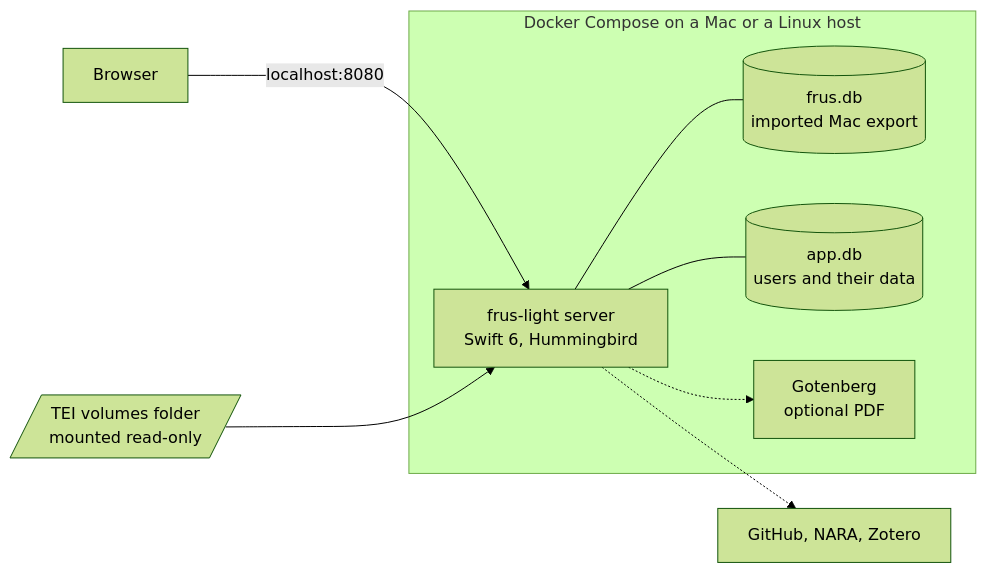
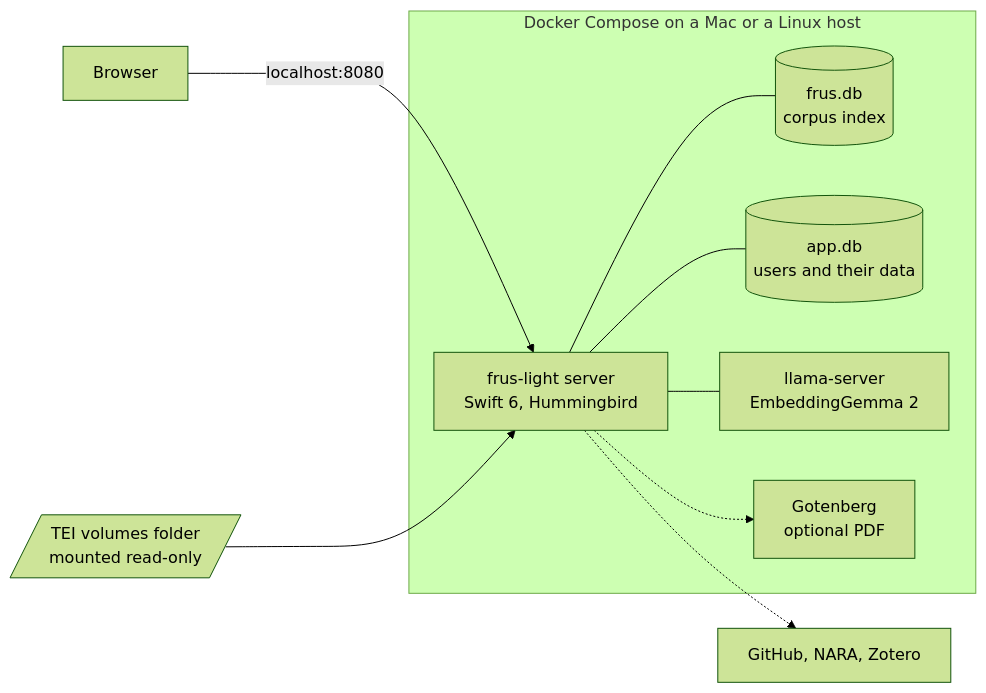
One commit to joshbotts/FRUS-Explorer-Web-App changed the diagram in README.md. Above: the diagram before and after it, drawn with Mermaid (forest theme). The commit also changed other lines of this file and 1 other file, not shown here.

````diff
--- a/README.md
+++ b/README.md
@@ -119,11 +148,12 @@
 ```mermaid
 flowchart LR
   B[Browser] -->|localhost:8080| S
   subgraph C[Docker Compose on a Mac or a Linux host]
-    S[frus-light server<br/>Swift 6, Hummingbird] --- I[(frus.db<br/>imported Mac export)]
+    S[frus-light server<br/>Swift 6, Hummingbird] --- I[(frus.db<br/>corpus index)]
     S --- U[(app.db<br/>users and their data)]
+    S --- E[llama-server<br/>EmbeddingGemma 2]
     S -.-> P[Gotenberg<br/>optional PDF]
   end
   T[/TEI volumes folder<br/>mounted read-only/] --> S
   S -.-> X[GitHub, NARA, Zotero]
 ```
````
